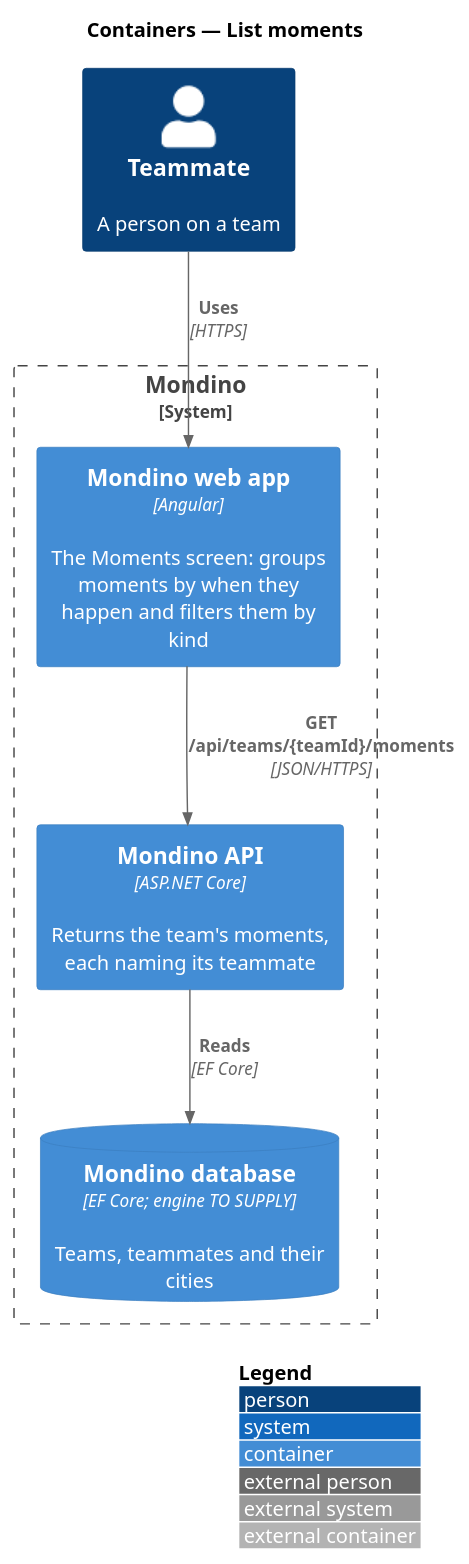
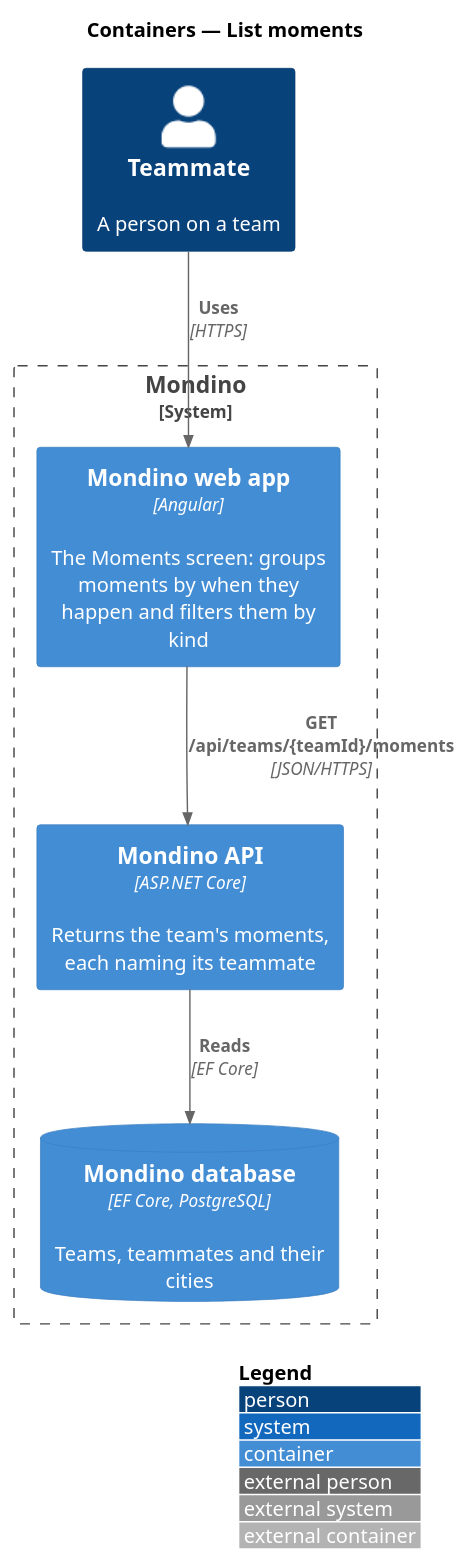
One commit to QuinntyneBrown/Mondino changed the diagram in docs/detailed-designs/moments/list-moments/diagrams/c4-container.puml. Above: the diagram before and after it, drawn with PlantUML. The commit also changed 67 other files, not shown here.

```diff
--- a/docs/detailed-designs/moments/list-moments/diagrams/c4-container.puml
+++ b/docs/detailed-designs/moments/list-moments/diagrams/c4-container.puml
@@ -1,16 +1,16 @@
 @startuml
 !include <C4/C4_Container>
 LAYOUT_WITH_LEGEND()
 title Containers — List moments
 
 Person(teammate, "Teammate", "A person on a team")
 System_Boundary(mondino, "Mondino") {
   Container(web, "Mondino web app", "Angular", "The Moments screen: groups moments by when they happen and filters them by kind")
   Container(api, "Mondino API", "ASP.NET Core", "Returns the team's moments, each naming its teammate")
-  ContainerDb(db, "Mondino database", "EF Core; engine TO SUPPLY", "Teams, teammates and their cities")
+  ContainerDb(db, "Mondino database", "EF Core, PostgreSQL", "Teams, teammates and their cities")
 }
 
 Rel(teammate, web, "Uses", "HTTPS")
 Rel(web, api, "GET /api/teams/{teamId}/moments", "JSON/HTTPS")
 Rel(api, db, "Reads", "EF Core")
 @enduml
```
